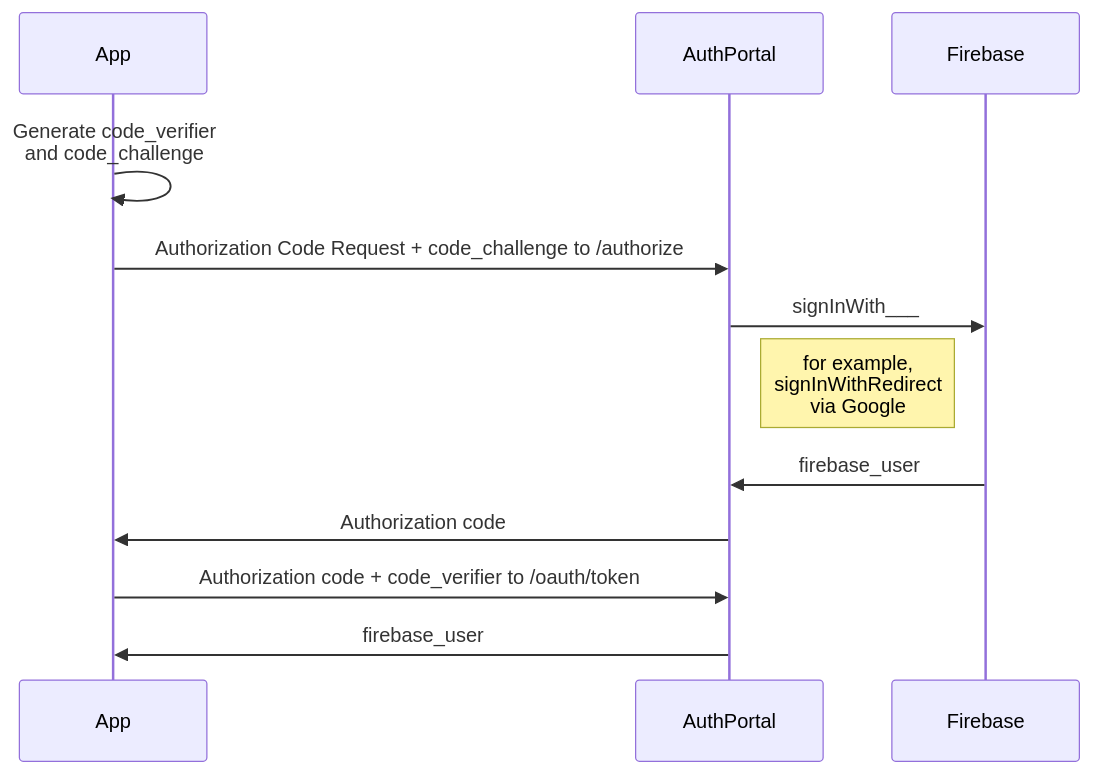
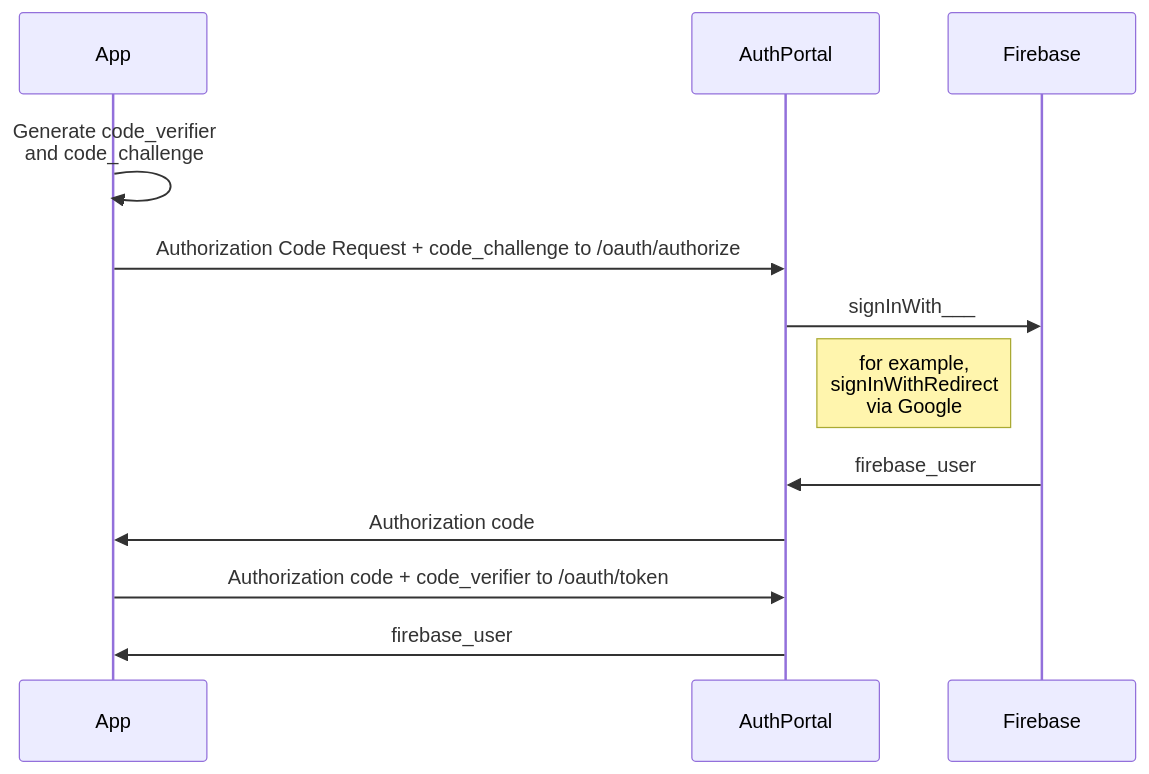
Before and after one commit to Yonom/AuthPortal: the diagram in docs/AuthPortalFlow.md, drawn with Mermaid. The commit also changed other lines of this file and 45 other files, not shown here.

````diff
--- a/docs/AuthPortalFlow.md
+++ b/docs/AuthPortalFlow.md
@@ -9,11 +9,11 @@
 ```mermaid
 sequenceDiagram
     App->>App: Generate code_verifier <br/> and code_challenge
-    App->>AuthPortal: Authorization Code Request + code_challenge to /authorize
+    App->>AuthPortal: Authorization Code Request + code_challenge to /oauth/authorize
     AuthPortal->>Firebase: signInWith___
     Note left of Firebase: for example, <br />signInWithRedirect<br />via Google
     Firebase->>AuthPortal: firebase_user
     AuthPortal->>App: Authorization code
     App->>AuthPortal: Authorization code + code_verifier to /oauth/token
     AuthPortal->>App: firebase_user
 ```
````
